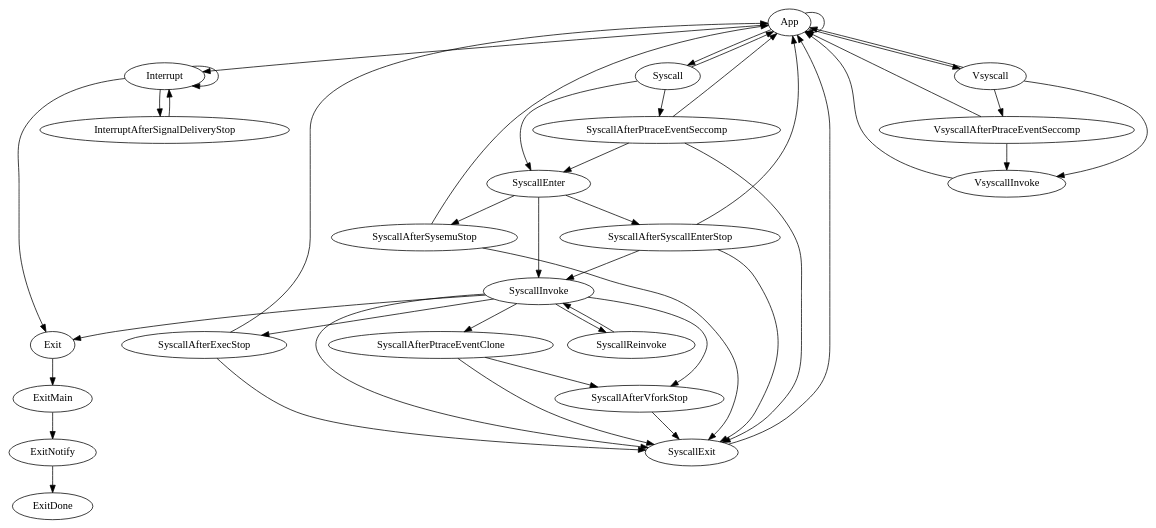
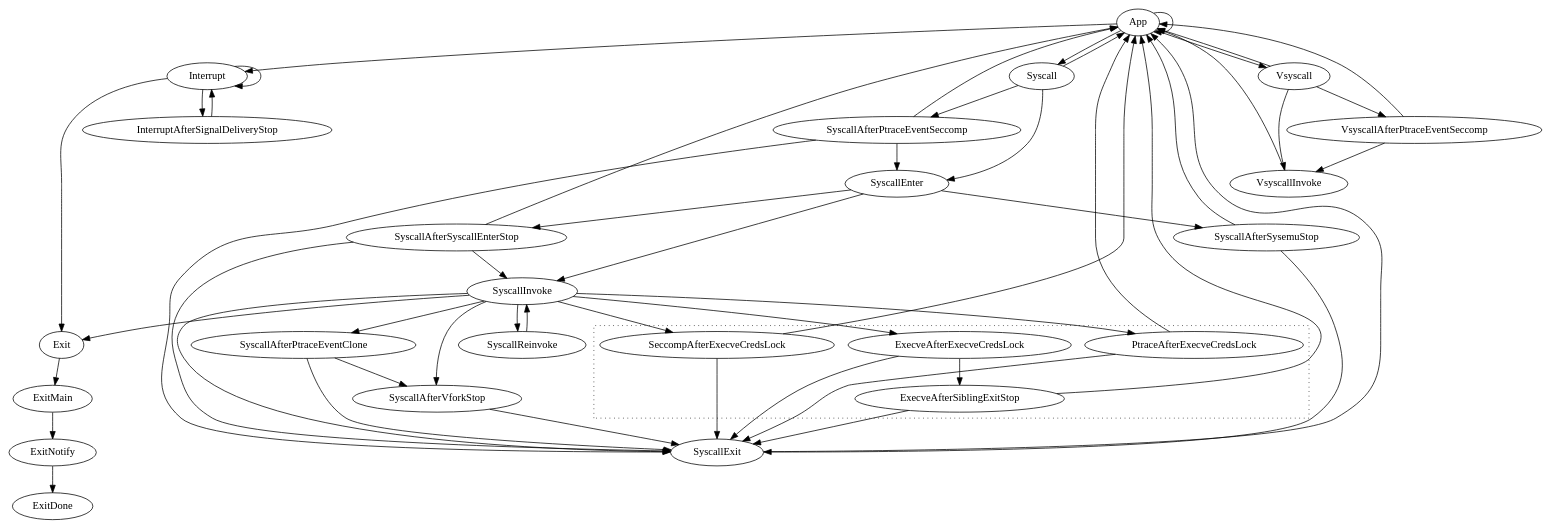
One commit to google/gvisor changed the diagram in pkg/sentry/kernel/g3doc/run_states.dot. Above: the diagram before and after it, drawn with Graphviz. The commit also changed 45 other files, not shown here.

```diff
--- a/pkg/sentry/kernel/g3doc/run_states.dot
+++ b/pkg/sentry/kernel/g3doc/run_states.dot
@@ -1,99 +1,119 @@
 digraph {
   subgraph {
     App;
   }
   subgraph {
     Interrupt;
     InterruptAfterSignalDeliveryStop;
   }
   subgraph {
     Syscall;
     SyscallAfterPtraceEventSeccomp;
     SyscallEnter;
     SyscallAfterSyscallEnterStop;
     SyscallAfterSysemuStop;
     SyscallInvoke;
     SyscallAfterPtraceEventClone;
-    SyscallAfterExecStop;
     SyscallAfterVforkStop;
     SyscallReinvoke;
     SyscallExit;
+    subgraph cluster_execve_and_its_creds_mutex {
+      style = dotted;
+      // execve itself
+      ExecveAfterExecveCredsLock; // creds mutex acquired
+      ExecveAfterSiblingExitStop; // siblings have all exited
+      // others
+      PtraceAfterExecveCredsLock;
+      SeccompAfterExecveCredsLock;
+    }
   }
   subgraph {
     Vsyscall;
     VsyscallAfterPtraceEventSeccomp;
     VsyscallInvoke;
   }
   subgraph {
     Exit;
     ExitMain; // leave thread group, release resources, reparent children, kill PID namespace and wait if TGID 1
     ExitNotify; // signal parent/tracer, become waitable
     ExitDone; // represented by t.runState == nil
   }
 
   // Task exit
   Exit -> ExitMain;
   ExitMain -> ExitNotify;
   ExitNotify -> ExitDone;
 
   // Execution of untrusted application code
   App -> App;
 
   // Interrupts (usually signal delivery)
   App -> Interrupt;
   Interrupt -> Interrupt; // if other interrupt conditions may still apply
   Interrupt -> Exit; // if killed
 
   // Syscalls
   App -> Syscall;
   Syscall -> SyscallEnter;
   SyscallEnter -> SyscallInvoke;
   SyscallInvoke -> SyscallExit;
   SyscallExit -> App;
 
   // exit, exit_group
   SyscallInvoke -> Exit;
 
   // execve
-  SyscallInvoke -> SyscallAfterExecStop;
-  SyscallAfterExecStop -> SyscallExit;
-  SyscallAfterExecStop -> App; // fatal signal pending
+  SyscallInvoke -> ExecveAfterExecveCredsLock;
+  ExecveAfterExecveCredsLock -> ExecveAfterSiblingExitStop;
+  ExecveAfterExecveCredsLock -> SyscallExit;
+  ExecveAfterSiblingExitStop -> SyscallExit;
+  ExecveAfterSiblingExitStop -> App; // fatal signal pending
+
+  // Other syscalls that serialize with execve for correct creds computation.
+  // 1) ptrace (only for PTRACE_ATTACH and PTRACE_SEIZE)
+  SyscallInvoke -> PtraceAfterExecveCredsLock;
+  PtraceAfterExecveCredsLock -> SyscallExit;
+  PtraceAfterExecveCredsLock -> App;
+  // 2) seccomp (only SECCOMP_FILTER_FLAG_TSYNC)
+  SyscallInvoke -> SeccompAfterExecveCredsLock;
+  SeccompAfterExecveCredsLock -> SyscallExit;
+  SeccompAfterExecveCredsLock -> App;
 
   // vfork
   SyscallInvoke -> SyscallAfterVforkStop;
   SyscallAfterVforkStop -> SyscallExit;
 
   // Vsyscalls
   App -> Vsyscall;
   Vsyscall -> VsyscallInvoke;
   Vsyscall -> App; // fault while reading return address from stack
   VsyscallInvoke -> App;
 
   // ptrace-specific branches
   Interrupt -> InterruptAfterSignalDeliveryStop;
   InterruptAfterSignalDeliveryStop -> Interrupt;
   SyscallEnter -> SyscallAfterSyscallEnterStop;
   SyscallAfterSyscallEnterStop -> SyscallInvoke;
   SyscallAfterSyscallEnterStop -> SyscallExit; // skipped by tracer
   SyscallAfterSyscallEnterStop -> App; // fatal signal pending
   SyscallEnter -> SyscallAfterSysemuStop;
   SyscallAfterSysemuStop -> SyscallExit;
   SyscallAfterSysemuStop -> App; // fatal signal pending
   SyscallInvoke -> SyscallAfterPtraceEventClone;
   SyscallAfterPtraceEventClone -> SyscallExit;
   SyscallAfterPtraceEventClone -> SyscallAfterVforkStop;
 
   // seccomp
   Syscall -> App; // SECCOMP_RET_TRAP, SECCOMP_RET_ERRNO, SECCOMP_RET_KILL, SECCOMP_RET_TRACE without tracer
   Syscall -> SyscallAfterPtraceEventSeccomp; // SECCOMP_RET_TRACE
   SyscallAfterPtraceEventSeccomp -> SyscallEnter;
   SyscallAfterPtraceEventSeccomp -> SyscallExit; // skipped by tracer
   SyscallAfterPtraceEventSeccomp -> App; // fatal signal pending
   Vsyscall -> VsyscallAfterPtraceEventSeccomp;
   VsyscallAfterPtraceEventSeccomp -> VsyscallInvoke;
   VsyscallAfterPtraceEventSeccomp -> App;
 
   // Autosave
   SyscallInvoke -> SyscallReinvoke;
   SyscallReinvoke -> SyscallInvoke;
 }
```
